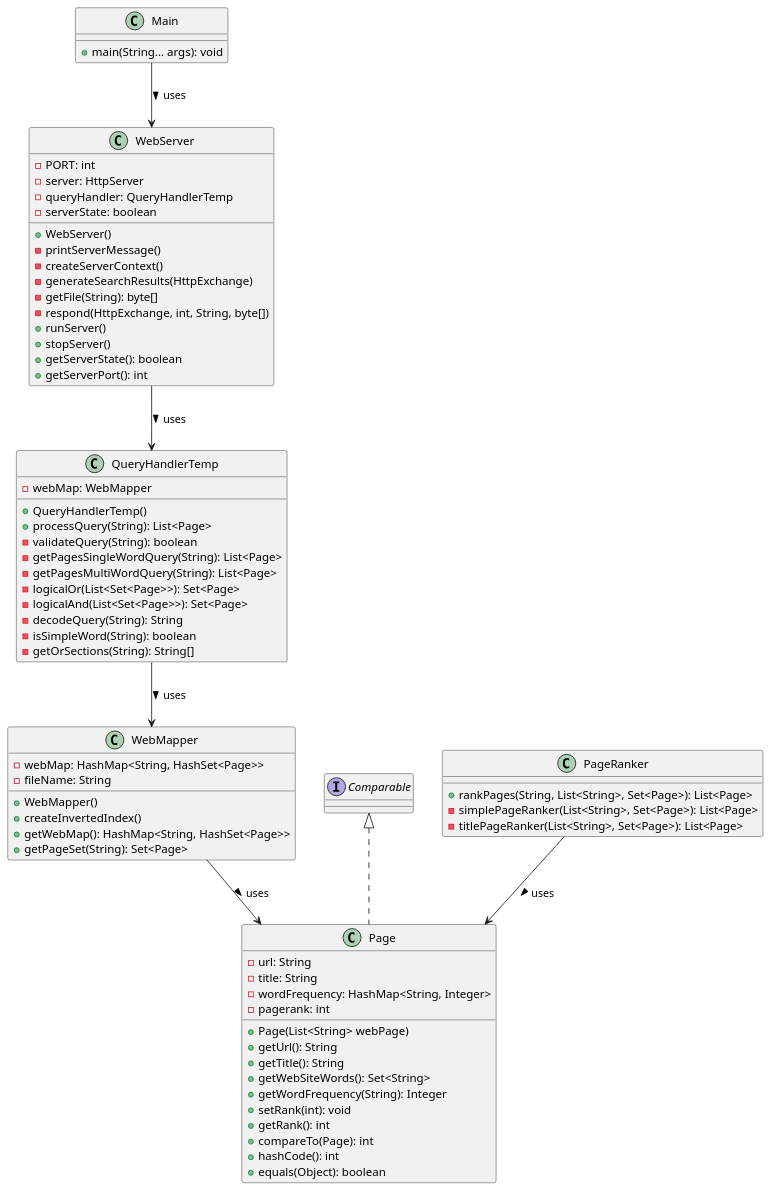
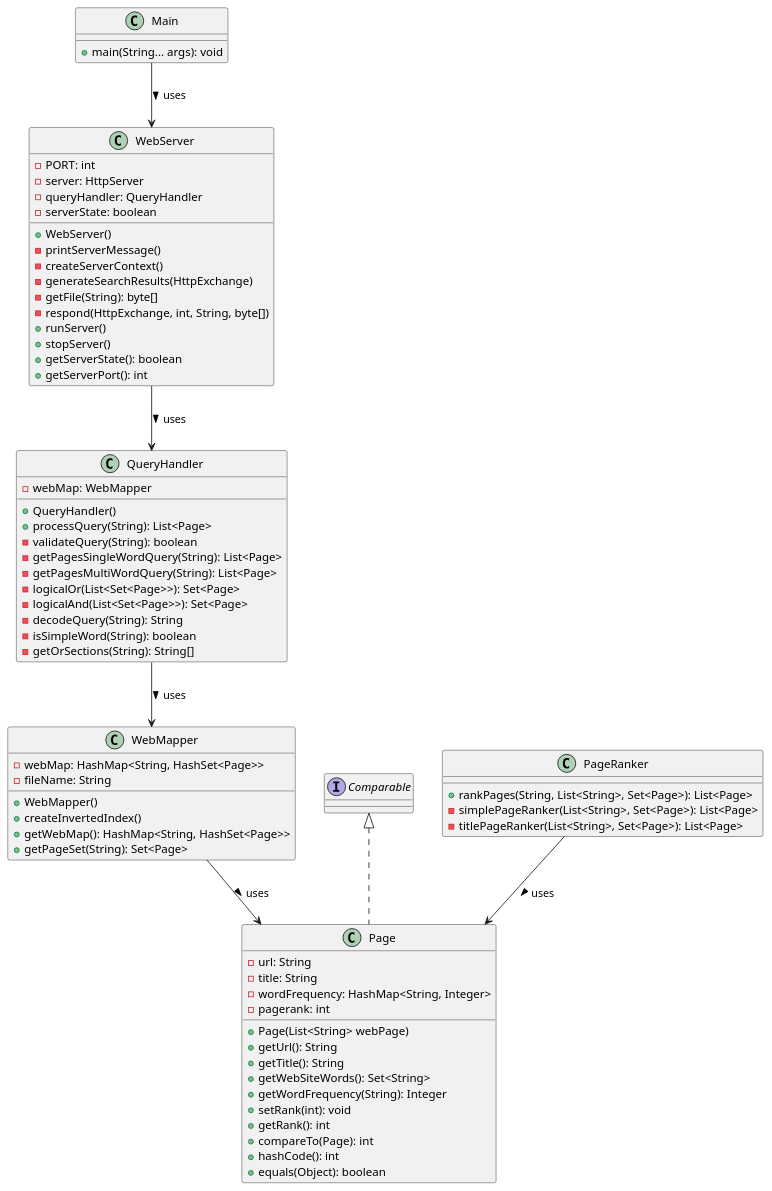
Before and after one commit to lmbenetti/web_search_engine: the diagram in classdiagram.puml, drawn with PlantUML. The commit also changed 3 other files, not shown here.

```diff
--- a/classdiagram.puml
+++ b/classdiagram.puml
@@ -1,76 +1,76 @@
 @startuml classdiagram
 
 class Main {
     +main(String... args): void
 }
 
 class WebServer {
     -PORT: int
     -server: HttpServer
-    -queryHandler: QueryHandlerTemp
+    -queryHandler: QueryHandler
     -serverState: boolean
     +WebServer()
     -printServerMessage()
     -createServerContext()
     -generateSearchResults(HttpExchange)
     -getFile(String): byte[]
     -respond(HttpExchange, int, String, byte[])
     +runServer()
     +stopServer()
     +getServerState(): boolean
     +getServerPort(): int
 }
 
-class QueryHandlerTemp {
+class QueryHandler {
     -webMap: WebMapper
-    +QueryHandlerTemp()
+    +QueryHandler()
     +processQuery(String): List<Page>
     -validateQuery(String): boolean
     -getPagesSingleWordQuery(String): List<Page>
     -getPagesMultiWordQuery(String): List<Page>
     -logicalOr(List<Set<Page>>): Set<Page>
     -logicalAnd(List<Set<Page>>): Set<Page>
     -decodeQuery(String): String
     -isSimpleWord(String): boolean
     -getOrSections(String): String[]
 }
 
 class WebMapper {
     -webMap: HashMap<String, HashSet<Page>>
     -fileName: String
     +WebMapper()
     +createInvertedIndex()
     +getWebMap(): HashMap<String, HashSet<Page>>
     +getPageSet(String): Set<Page>
 }
 
 class Page implements Comparable {
     -url: String
     -title: String
     -wordFrequency: HashMap<String, Integer>
     -pagerank: int
     +Page(List<String> webPage)
     +getUrl(): String
     +getTitle(): String
     +getWebSiteWords(): Set<String>
     +getWordFrequency(String): Integer
     +setRank(int): void
     +getRank(): int
     +compareTo(Page): int
     +hashCode(): int
     +equals(Object): boolean
 }
 
 class PageRanker {
     +rankPages(String, List<String>, Set<Page>): List<Page>
     -simplePageRanker(List<String>, Set<Page>): List<Page>
     -titlePageRanker(List<String>, Set<Page>): List<Page>
 }
 
 Main --> WebServer : uses >
-WebServer --> QueryHandlerTemp : uses >
-QueryHandlerTemp --> WebMapper : uses >
+WebServer --> QueryHandler : uses >
+QueryHandler --> WebMapper : uses >
 WebMapper --> Page : uses >
 PageRanker --> Page : uses >
 
 @enduml
```
